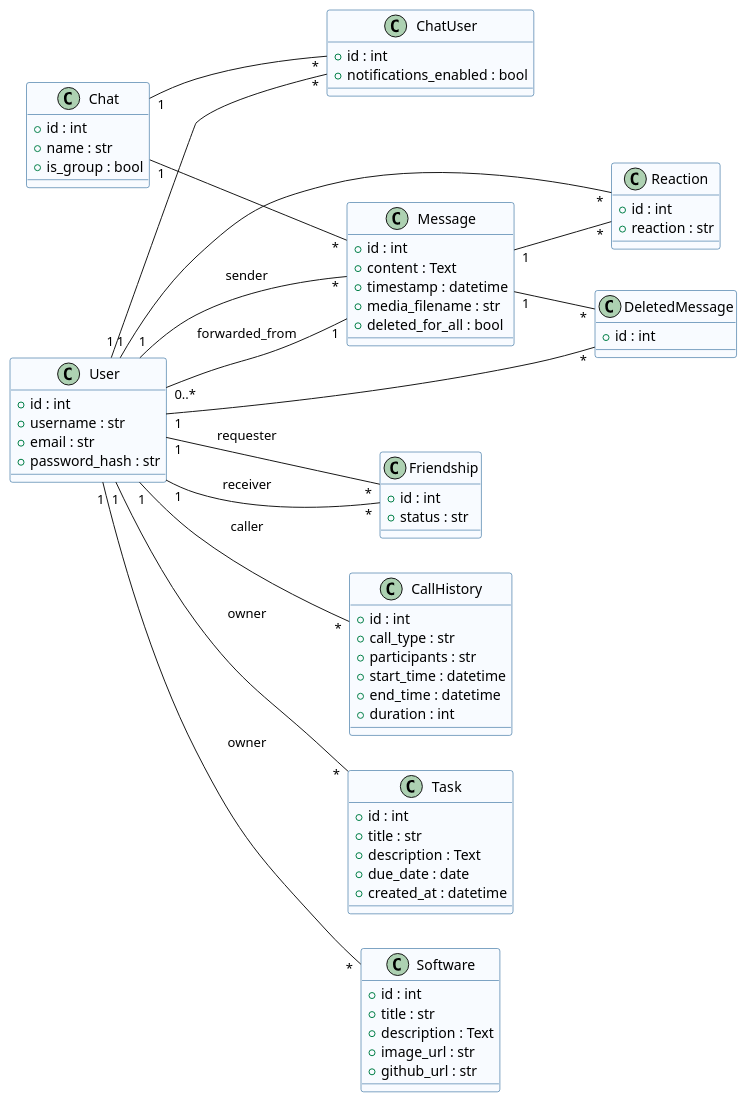
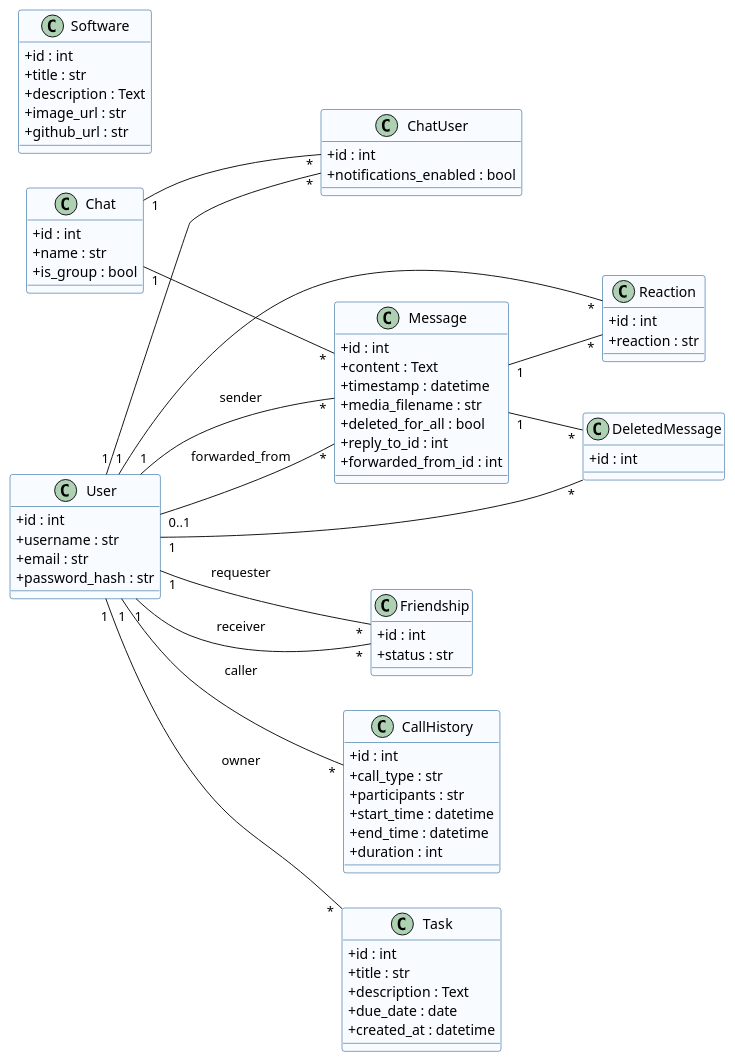
One commit to Valerijkk/TeamForge-web changed the diagram in class_teamforge.puml. Above: the diagram before and after it, drawn with PlantUML. The commit also changed 1 other file, not shown here.

Commit message:
диаграммы)

```diff
--- a/class_teamforge.puml
+++ b/class_teamforge.puml
@@ -1,81 +1,101 @@
 @startuml
 '──────────  Основные классы TeamForge  ──────────
 skinparam class {
   BackgroundColor #F8FBFF
   BorderColor     #004B87
-  AttributeIconSize 0     '— убираем «пакетные» ручки
+  AttributeIconSize 0
   FontName "Times New Roman"
 }
 left to right direction
+
 '────── классы ──────
 class User {
   +id : int
   +username : str
   +email : str
   +password_hash : str
 }
+
 class Chat {
   +id : int
   +name : str
   +is_group : bool
 }
+
 class ChatUser {
   +id : int
   +notifications_enabled : bool
 }
+
 class Message {
   +id : int
   +content : Text
   +timestamp : datetime
   +media_filename : str
   +deleted_for_all : bool
+  +reply_to_id : int
+  +forwarded_from_id : int
 }
+
 class Reaction {
   +id : int
   +reaction : str
 }
+
 class DeletedMessage {
   +id : int
 }
+
 class Friendship {
   +id : int
   +status : str
 }
+
 class CallHistory {
   +id : int
   +call_type : str
   +participants : str
   +start_time : datetime
   +end_time : datetime
   +duration : int
 }
+
 class Task {
   +id : int
   +title : str
   +description : Text
   +due_date : date
   +created_at : datetime
 }
+
 class Software {
   +id : int
   +title : str
   +description : Text
   +image_url : str
   +github_url : str
 }
+
 '────── связи ──────
-User  "1" -- "*" ChatUser
-Chat  "1" -- "*" ChatUser
-Chat  "1" -- "*" Message
-User  "1" -- "*" Message : sender
-User  "0..*" -- "1" Message : forwarded_from
+User "1" -- "*" ChatUser
+Chat "1" -- "*" ChatUser
+
+Chat "1" -- "*" Message
+User "1" -- "*" Message : sender
+
+
+User "0..1" -- "*" Message : forwarded_from
+
 Message "1" -- "*" Reaction
-User    "1" -- "*" Reaction
+User "1" -- "*" Reaction
+
 Message "1" -- "*" DeletedMessage
-User    "1" -- "*" DeletedMessage
+User "1" -- "*" DeletedMessage
+
 User "1" -- "*" Friendship : requester
 User "1" -- "*" Friendship : receiver
+
 User "1" -- "*" CallHistory : caller
 User "1" -- "*" Task : owner
-User "1" -- "*" Software : owner
+
 @enduml
```
